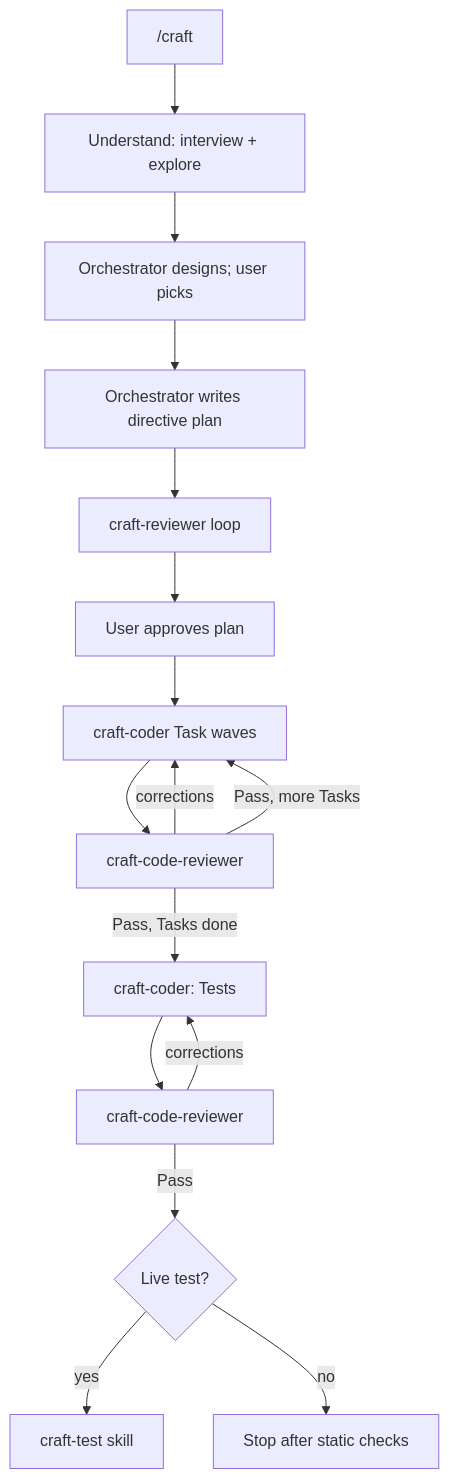
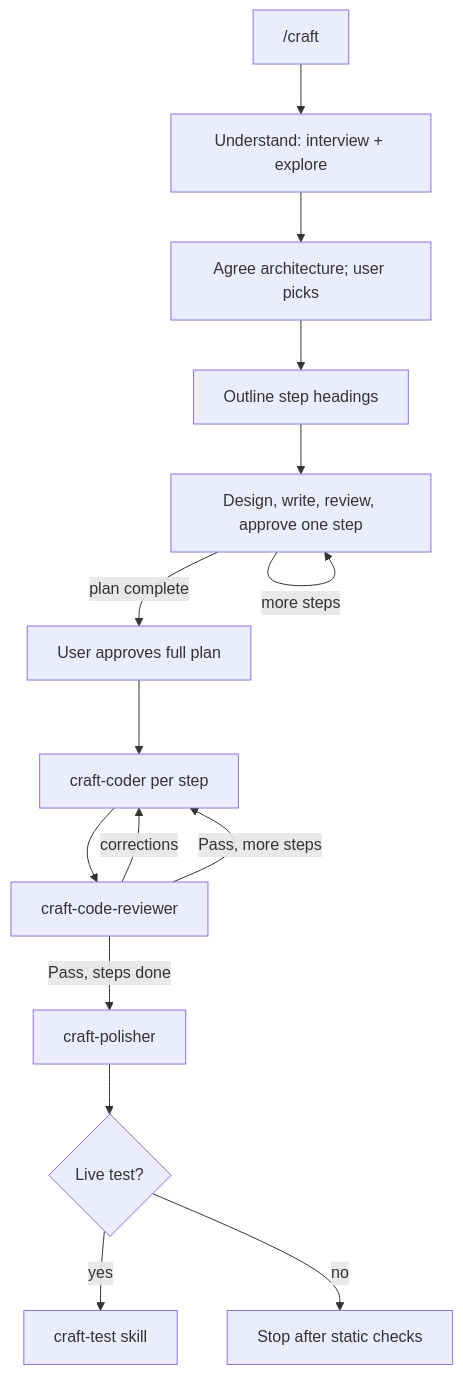
One commit to AidenHadisi/craft changed the diagram in README.md. Above: the diagram before and after it, drawn with Mermaid. The commit also changed other lines of this file and 9 other files, not shown here.

First line of the commit message:
refactor: replace /craft with the craft-plan workflow

````diff
--- a/README.md
+++ b/README.md
@@ -31,18 +30,17 @@
 ```mermaid
 flowchart TD
     start["/craft"] --> understand["Understand: interview + explore"]
-    understand --> design["Orchestrator designs; user picks"]
-    design --> plan["Orchestrator writes directive plan"]
-    plan --> planrev["craft-reviewer loop"]
-    planrev --> planGate["User approves plan"]
-    planGate --> build["craft-coder Task waves"]
+    understand --> design["Agree architecture; user picks"]
+    design --> outline["Outline step headings"]
+    outline --> step["Design, write, review, approve one step"]
+    step -->|"more steps"| step
+    step -->|"plan complete"| planGate["User approves full plan"]
+    planGate --> build["craft-coder per step"]
     build --> review["craft-code-reviewer"]
     review -->|corrections| build
-    review -->|"Pass, more Tasks"| build
-    review -->|"Pass, Tasks done"| tests["craft-coder: Tests"]
-    tests --> testreview["craft-code-reviewer"]
-    testreview -->|corrections| tests
-    testreview -->|Pass| live{"Live test?"}
+    review -->|"Pass, more steps"| build
+    review -->|"Pass, steps done"| polish["craft-polisher"]
+    polish --> live{"Live test?"}
     live -->|yes| test["craft-test skill"]
     live -->|no| stop["Stop after static checks"]
 ```
````
